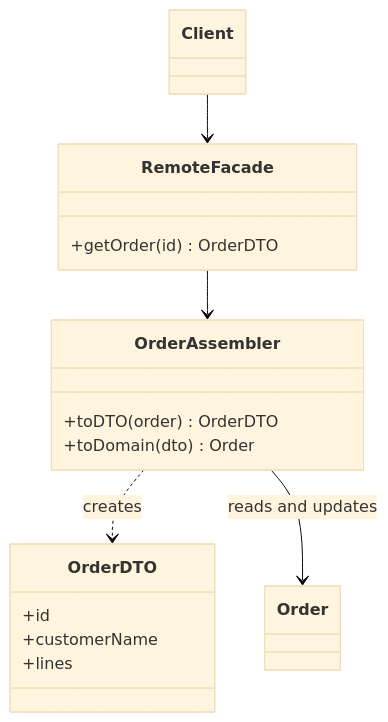
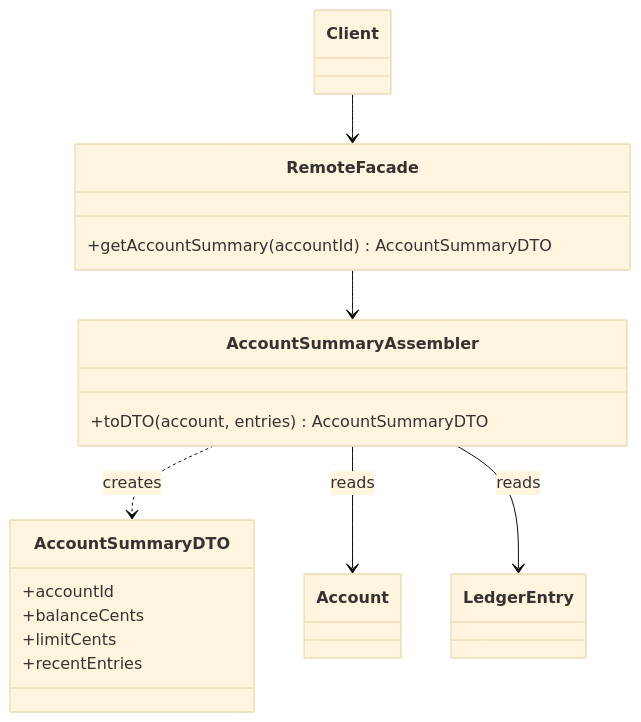
Before and after one commit to alancesar/design-patterns: the diagram in i18n/en/docusaurus-plugin-content-docs/current/design/poeaa/distribution/data-transfer-object.md, drawn with Mermaid (base theme). The commit also changed other lines of this file and 95 other files, not shown here.

First line of the commit message:
Switch PoEAA examples and diagrams to fintech scenarios

````diff
--- a/i18n/en/docusaurus-plugin-content-docs/current/design/poeaa/distribution/data-transfer-object.md
+++ b/i18n/en/docusaurus-plugin-content-docs/current/design/poeaa/distribution/data-transfer-object.md
@@ -57,21 +57,23 @@
 ```mermaid
 classDiagram
     class Client
     class RemoteFacade {
-        +getOrder(id) OrderDTO
+        +getAccountSummary(accountId) AccountSummaryDTO
     }
-    class OrderAssembler {
-        +toDTO(order) OrderDTO
-        +toDomain(dto) Order
+    class AccountSummaryAssembler {
+        +toDTO(account, entries) AccountSummaryDTO
     }
-    class OrderDTO {
-        +id
-        +customerName
-        +lines
+    class AccountSummaryDTO {
+        +accountId
+        +balanceCents
+        +limitCents
+        +recentEntries
     }
-    class Order
+    class Account
+    class LedgerEntry
     Client --> RemoteFacade
-    RemoteFacade --> OrderAssembler
-    OrderAssembler ..> OrderDTO : creates
-    OrderAssembler --> Order : reads and updates
+    RemoteFacade --> AccountSummaryAssembler
+    AccountSummaryAssembler ..> AccountSummaryDTO : creates
+    AccountSummaryAssembler --> Account : reads
+    AccountSummaryAssembler --> LedgerEntry : reads
 ```
````
